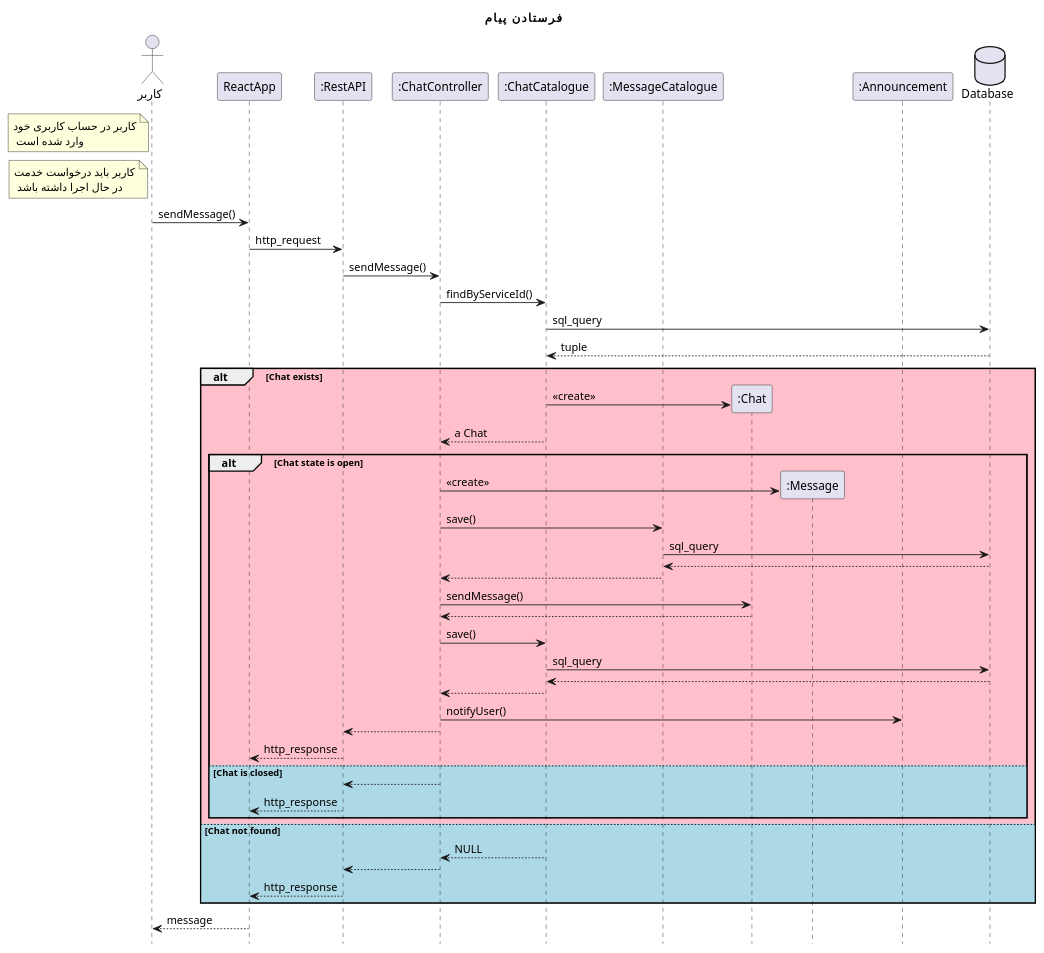
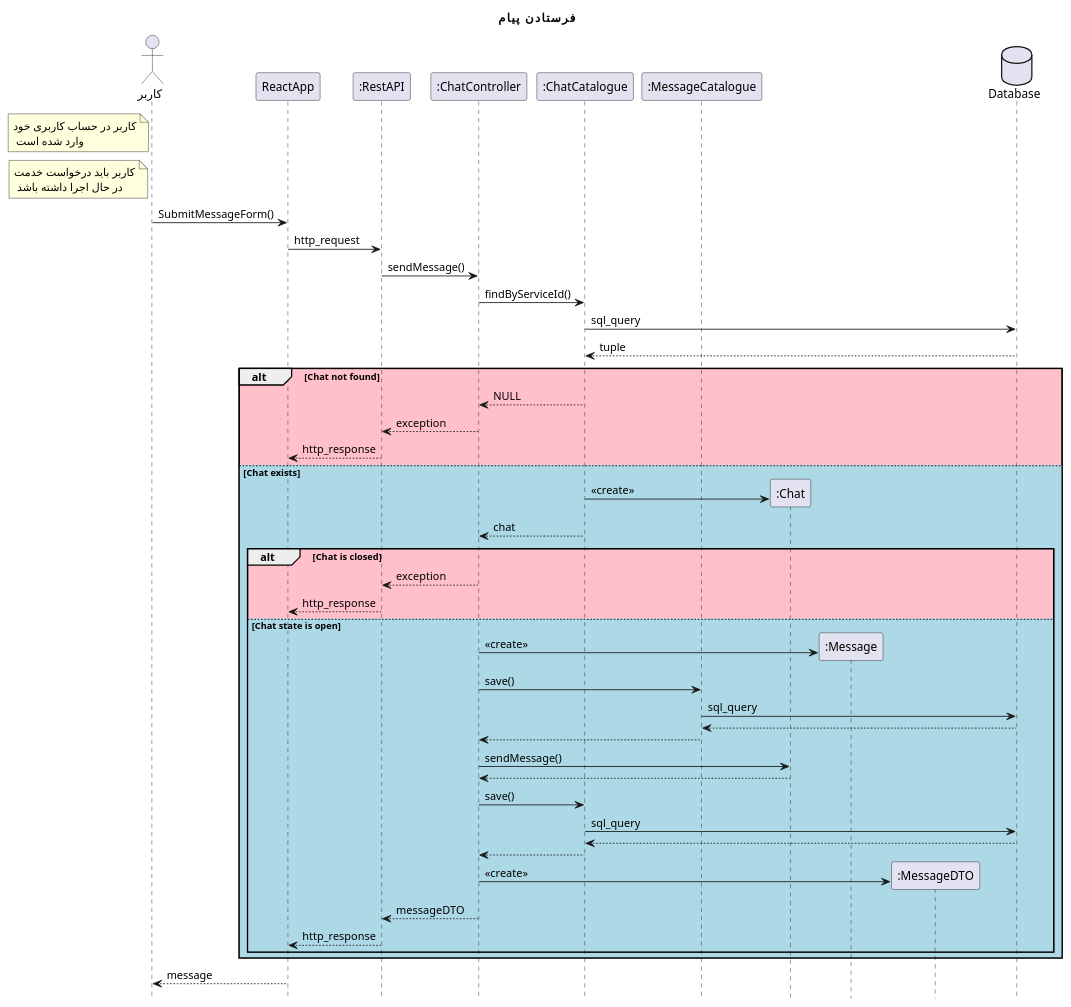
Before and after one commit to Khedmatkar-OOD-spring-2022/Model-and-Documents: the diagram in design sequence diagams/sendMessage.plantuml, drawn with PlantUML. The commit also changed 20 other files, not shown here.

```diff
--- a/design sequence diagams/sendMessage.plantuml
+++ b/design sequence diagams/sendMessage.plantuml
@@ -1,64 +1,65 @@
 @startuml logout
 hide footbox
 title "فرستادن پیام" 
 actor       "کاربر" as user
 participant ReactApp
 participant ":RestAPI" as RestAPI
 participant ":ChatController" as ChatController
 participant ":ChatCatalogue" as ChatCatalogue
 participant ":MessageCatalogue" as MessageCatalogue
 participant ":Chat" as Chat
 participant ":Message" as Message
-participant ":Announcement" as Announcement
-
+participant ":MessageDTO" as MessageDTO
 database Database
-
 note left of user
 کاربر در حساب کاربری خود
  وارد شده است
 end note
 note left of user
 کاربر باید درخواست خدمت
  در حال اجرا داشته باشد
 end note
 
-user -> ReactApp: sendMessage()
+user -> ReactApp: SubmitMessageForm()
 ReactApp -> RestAPI : http_request
 RestAPI -> ChatController : sendMessage()
 ChatController -> ChatCatalogue : findByServiceId()
 ChatCatalogue -> Database : sql_query
 return tuple
 
-alt #Pink Chat exists
+alt #Pink Chat not found
+
+    ChatCatalogue --> ChatController : NULL
+    ChatController --> RestAPI: exception
+    RestAPI --> ReactApp : http_response
+
+else #LightBlue Chat exists
+
     ChatCatalogue -> Chat ** : <<create>>
-    ChatCatalogue --> ChatController: a Chat
-    alt #Pink Chat state is open
+    ChatCatalogue --> ChatController: chat
+    alt #Pink Chat is closed
+
+        ChatController --> RestAPI: exception
+        RestAPI --> ReactApp : http_response
+        
+    else #LightBlue Chat state is open
         ChatController -> Message ** :<<create>>
         ChatController -> MessageCatalogue: save()
         MessageCatalogue -> Database : sql_query
         return
         MessageCatalogue --> ChatController
         ChatController -> Chat: sendMessage()
         return 
         ChatController -> ChatCatalogue : save()
         ChatCatalogue -> Database: sql_query
         return
         ChatCatalogue --> ChatController
-        ChatController -> Announcement: notifyUser()
-        ChatController --> RestAPI
-        RestAPI --> ReactApp : http_response
-    else #LightBlue Chat is closed
-        ChatController --> RestAPI
+        ChatController -> MessageDTO **: <<create>>
+        ChatController --> RestAPI: messageDTO
         RestAPI --> ReactApp : http_response
     end
 
-
-else #LightBlue Chat not found
-    ChatCatalogue --> ChatController : NULL
-    ChatController --> RestAPI
-    RestAPI --> ReactApp : http_response
 end
 
 ReactApp --> user: message
-
 @enduml
```
